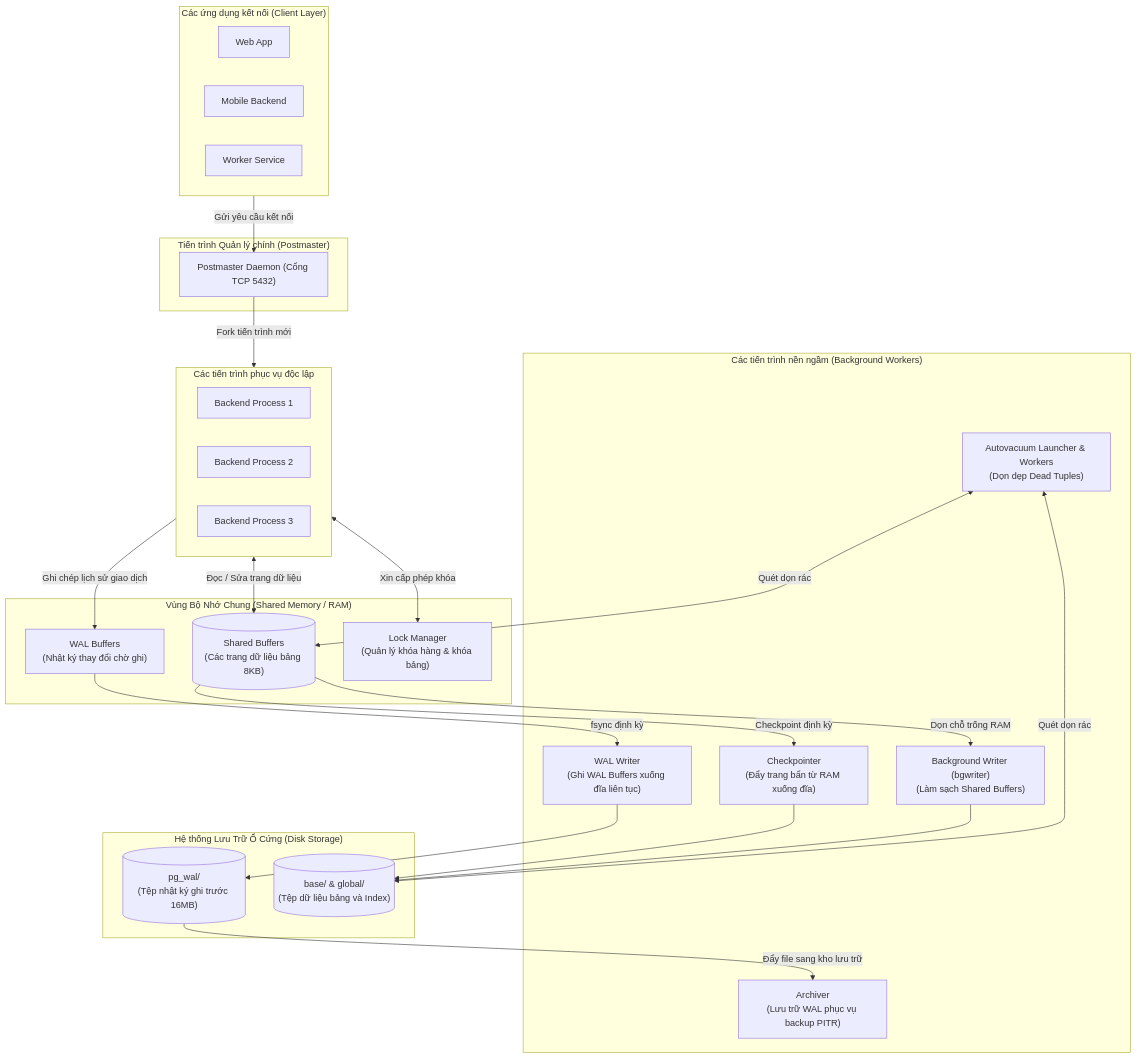
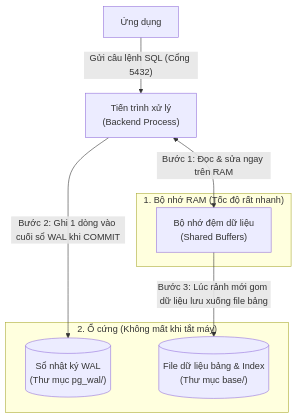
The ninth of 10 diagrams in database/Database.md (ThanhPhongvipvip/Tutorial), drawn with Mermaid before and after one commit. The commit also changed other lines of this file and 2 other files, not shown here.

Commit message:
25th commit

````diff
--- a/database/Database.md
+++ b/database/Database.md
@@ -1065,59 +1149,17 @@
 ```mermaid
 flowchart TD
-    subgraph Clients ["Các ứng dụng kết nối (Client Layer)"]
-        C1["Web App"]
-        C2["Mobile Backend"]
-        C3["Worker Service"]
+    Client["Ứng dụng"] -->|"Gửi câu lệnh SQL (Cổng 5432)"| BE["Tiến trình xử lý\n(Backend Process)"]
+
+    subgraph RAM ["1. Bộ nhớ RAM (Tốc độ rất nhanh)"]
+        SB["Bộ nhớ đệm dữ liệu\n(Shared Buffers)"]
     end
 
-    subgraph Master ["Tiến trình Quản lý chính (Postmaster)"]
-        PM["Postmaster Daemon (Cổng TCP 5432)"]
+    subgraph Disk ["2. Ổ cứng (Không mất khi tắt máy)"]
+        WAL[("Sổ nhật ký WAL\n(Thư mục pg_wal/)")]
+        DATA[("File dữ liệu bảng & Index\n(Thư mục base/)")]
     end
 
-    subgraph Shared_Memory ["Vùng Bộ Nhớ Chung (Shared Memory / RAM)"]
-        SB[("Shared Buffers
-(Các trang dữ liệu bảng 8KB)")]
-        WB["WAL Buffers
-(Nhật ký thay đổi chờ ghi)"]
-        LM["Lock Manager
-(Quản lý khóa hàng & khóa bảng)"]
-    end
-
-    subgraph Backends ["Các tiến trình phục vụ độc lập"]
-        B1["Backend Process 1"]
-        B2["Backend Process 2"]
-        B3["Backend Process 3"]
-    end
-
-    subgraph Bg_Workers ["Các tiến trình nền ngầm (Background Workers)"]
-        CP["Checkpointer
-(Đẩy trang bẩn từ RAM xuống đĩa)"]
-        BGW["Background Writer (bgwriter)
-(Làm sạch Shared Buffers)"]
-        WW["WAL Writer
-(Ghi WAL Buffers xuống đĩa liên tục)"]
-        AV["Autovacuum Launcher & Workers
-(Dọn dẹp Dead Tuples)"]
-        ARCH["Archiver
-(Lưu trữ WAL phục vụ backup PITR)"]
-    end
-
-    subgraph Storage ["Hệ thống Lưu Trữ Ổ Cứng (Disk Storage)"]
-        WAL_DISK[("pg_wal/
-(Tệp nhật ký ghi trước 16MB)")]
-        DATA_DISK[("base/ & global/
-(Tệp dữ liệu bảng và Index)")]
-    end
-
-    Clients -->|"Gửi yêu cầu kết nối"| PM
-    PM -->|"Fork tiến trình mới"| Backends
-    Backends <-->|"Đọc / Sửa trang dữ liệu"| SB
-    Backends -->|"Ghi chép lịch sử giao dịch"| WB
-    Backends <-->|"Xin cấp phép khóa"| LM
-
-    WB -->|"fsync định kỳ"| WW --> WAL_DISK
-    SB -->|"Checkpoint định kỳ"| CP --> DATA_DISK
-    SB -->|"Dọn chỗ trống RAM"| BGW --> DATA_DISK
-    AV <-->|"Quét dọn rác"| SB & DATA_DISK
-    WAL_DISK -->|"Đẩy file sang kho lưu trữ"| ARCH
+    BE <-->|"Bước 1: Đọc & sửa ngay trên RAM"| SB
+    BE -->|"Bước 2: Ghi 1 dòng vào cuối sổ WAL khi COMMIT"| WAL
+    SB -->|"Bước 3: Lúc rảnh mới gom dữ liệu lưu xuống file bảng"| DATA
 ```
````
